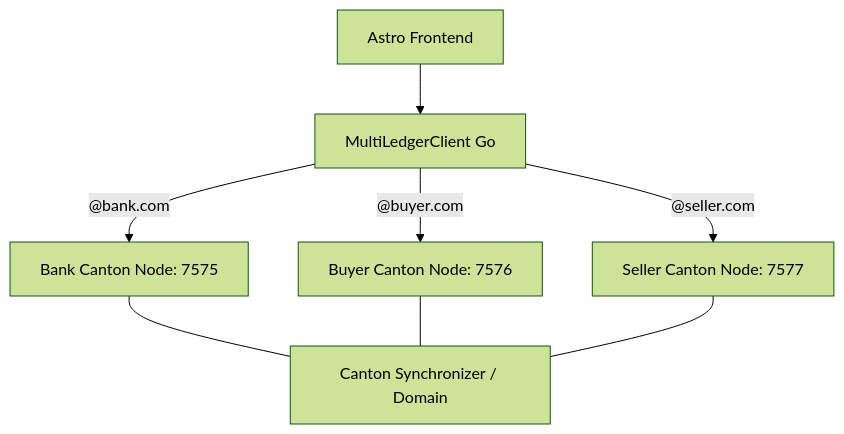
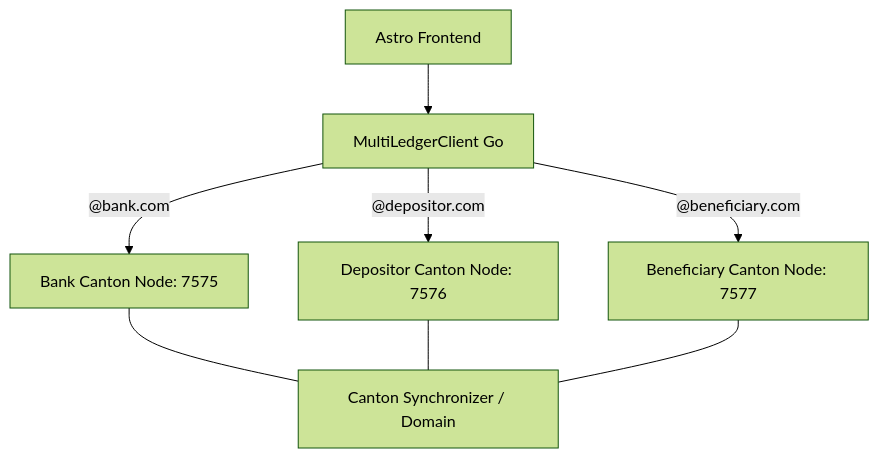
Before and after one commit to dhushon/daml-escrow: the second of 5 diagrams in ARCHITECTURE_EVOLUTION.md, drawn with Mermaid (forest theme). The commit also changed other lines of this file and 7 other files, not shown here.

````diff
--- a/ARCHITECTURE_EVOLUTION.md
+++ b/ARCHITECTURE_EVOLUTION.md
@@ -68,9 +68,9 @@
 ```mermaid
 graph TD
     FE[Astro Frontend] --> GW[MultiLedgerClient Go]
     GW -- "@bank.com" --> BN[Bank Canton Node: 7575]
-    GW -- "@buyer.com" --> UN[Buyer Canton Node: 7576]
-    GW -- "@seller.com" --> SN[Seller Canton Node: 7577]
+    GW -- "@depositor.com" --> DN[Depositor Canton Node: 7576]
+    GW -- "@beneficiary.com" --> UN[Beneficiary Canton Node: 7577]
 
-    BN & UN & SN --- SY[Canton Synchronizer / Domain]
+    BN & DN & UN --- SY[Canton Synchronizer / Domain]
 ```
````
